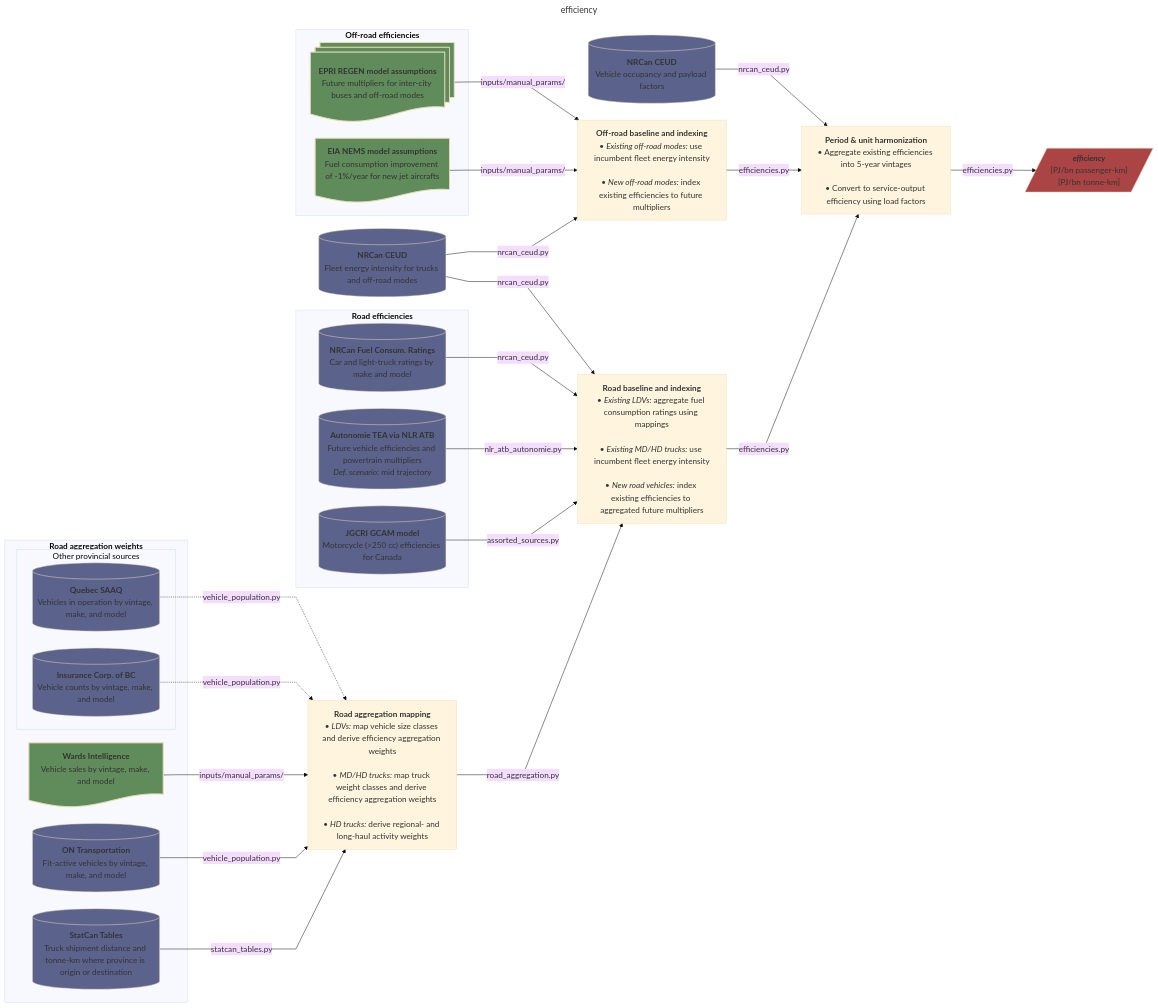
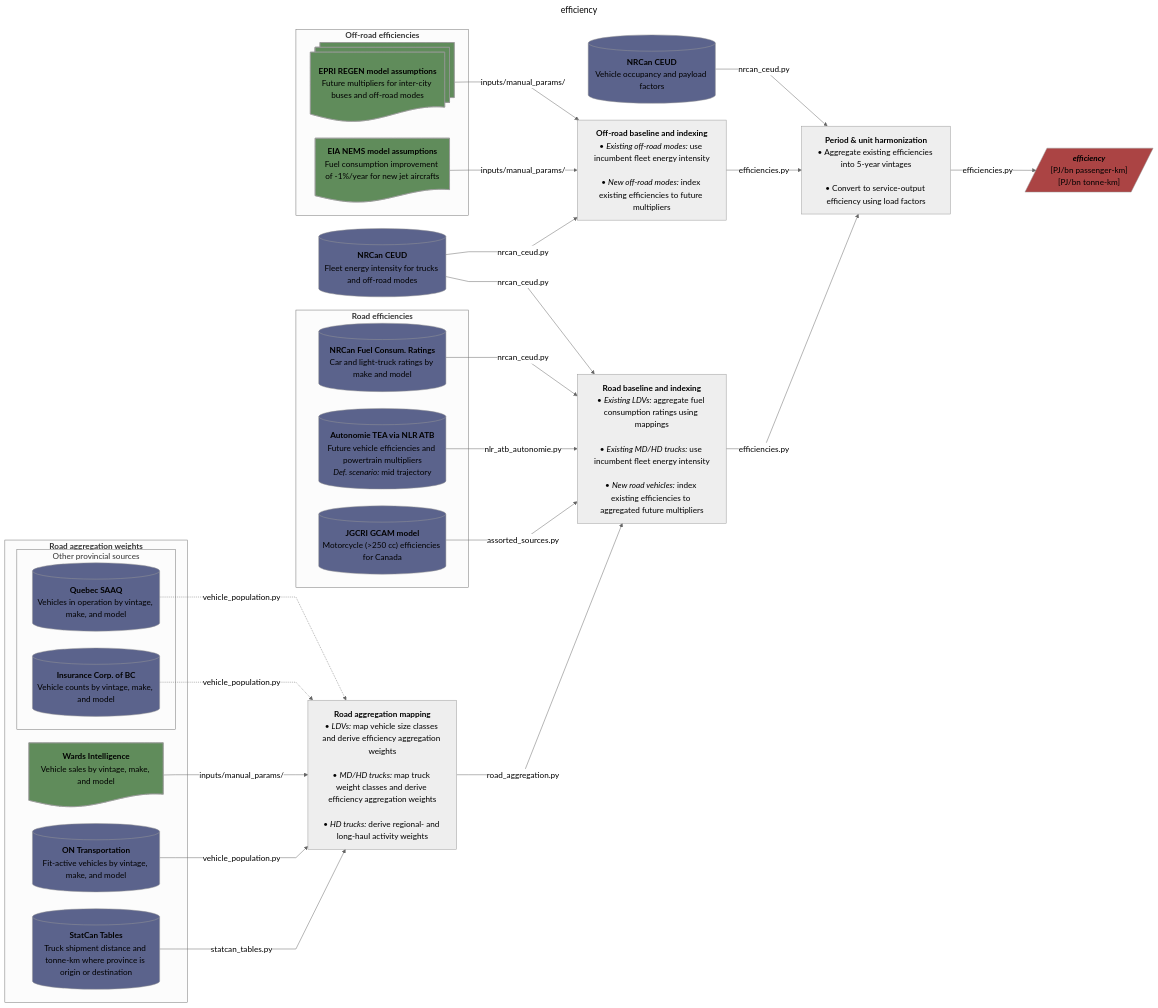
The seventh of 9 diagrams in README.md (CANOE-main/canoe-transportation), drawn with Mermaid before and after one commit. The commit also changed other lines of this file, not shown here.

```diff
--- a/README.md
+++ b/README.md
@@ -465,7 +469,7 @@
 title: efficiency
 config:
   layout: dagre
-  theme: base
+  theme: neutral
   themeVariables:
     fontSize: 17px
   flowchart:
@@ -490,9 +494,13 @@
 	    s6[("`**Insurance Corp. of BC**<br>Vehicle counts by vintage, make, and model`")]
 	  end
   end
+  subgraph off["`**Off-road efficiencies**`"]
+	  s7@{shape: docs, label: "**EPRI REGEN model assumptions**<br>Future multipliers for inter-city buses and off-road modes"}
+	  s8@{shape: doc, label: "**EIA NEMS model assumptions**<br>Fuel consumption improvement of -1%/year for new jet aircrafts"}
+  end
   s0[("`**NRCan CEUD**<br>Fleet energy intensity for trucks and off-road modes`")]
   s9[("`**NRCan CEUD**<br>Vehicle occupancy and payload factors`")]
-	  
+  
   %% --- Processes ---
   p0["`**Road aggregation mapping**<br>• *LDVs:* map vehicle size classes and derive efficiency aggregation weights<br><br>• *MD/HD trucks:* map truck weight classes and derive efficiency aggregation weights<br><br>• *HD trucks:* derive regional- and long-haul activity weights`"]
   s3 -- inputs/manual_params/ --> p0
@@ -505,22 +513,13 @@
   s2 -- nlr_atb_autonomie.py --> p2
   s2_2 -- assorted_sources.py --> p2
   p0 -- road_aggregation.py --> p2
-  
-  %% --- Sources ---
-  subgraph off["`**Off-road efficiencies**`"]
-	  s7@{shape: docs, label: "**EPRI REGEN model assumptions**<br>Future multipliers for inter-city buses and off-road modes"}
-	  s8@{shape: doc, label: "**EIA NEMS model assumptions**<br>Fuel consumption improvement of -1%/year for new jet aircrafts"}
-  end
 	  
-  %% --- Processes ---
   p3["`**Off-road baseline and indexing**<br>• *Existing off-road modes:* use incumbent fleet energy intensity<br><br>• *New off-road modes:* index existing efficiencies to future multipliers`"]
   s7 -- inputs/manual_params/ --> p3
   s8 -- inputs/manual_params/ --> p3
   
-  s0 -- nrcan_ceud.py --> p2
-  s0 -- nrcan_ceud.py --> p3
+  s0 -- nrcan_ceud.py --> p2 & p3
   
-  %% --- Processes ---
   p4["`**Period & unit harmonization**<br>• Aggregate existing efficiencies into 5-year vintages<br><br>• Convert to service-output efficiency using load factors`"]
   s9 -- nrcan_ceud.py --> p4
   p2 -- efficiencies.py --> p4
```
